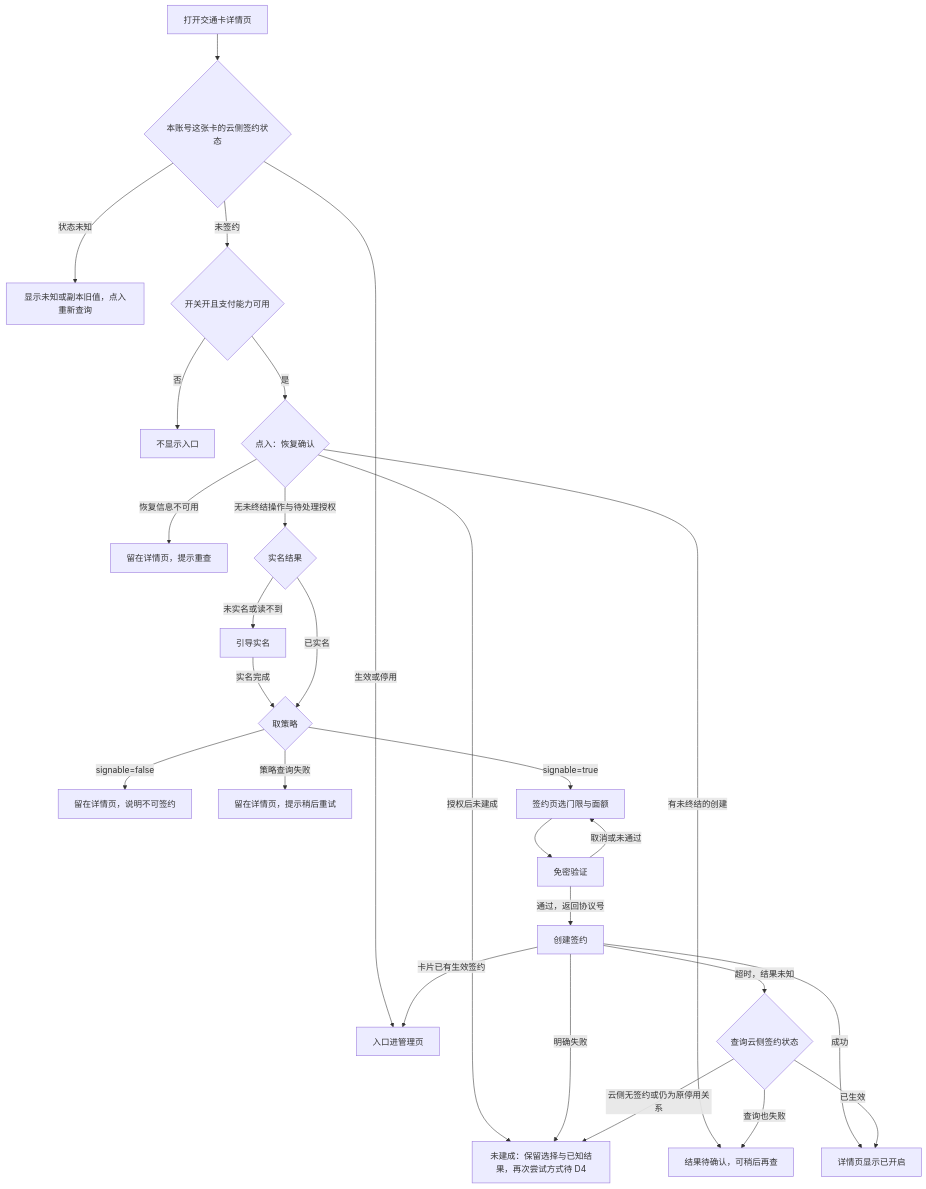
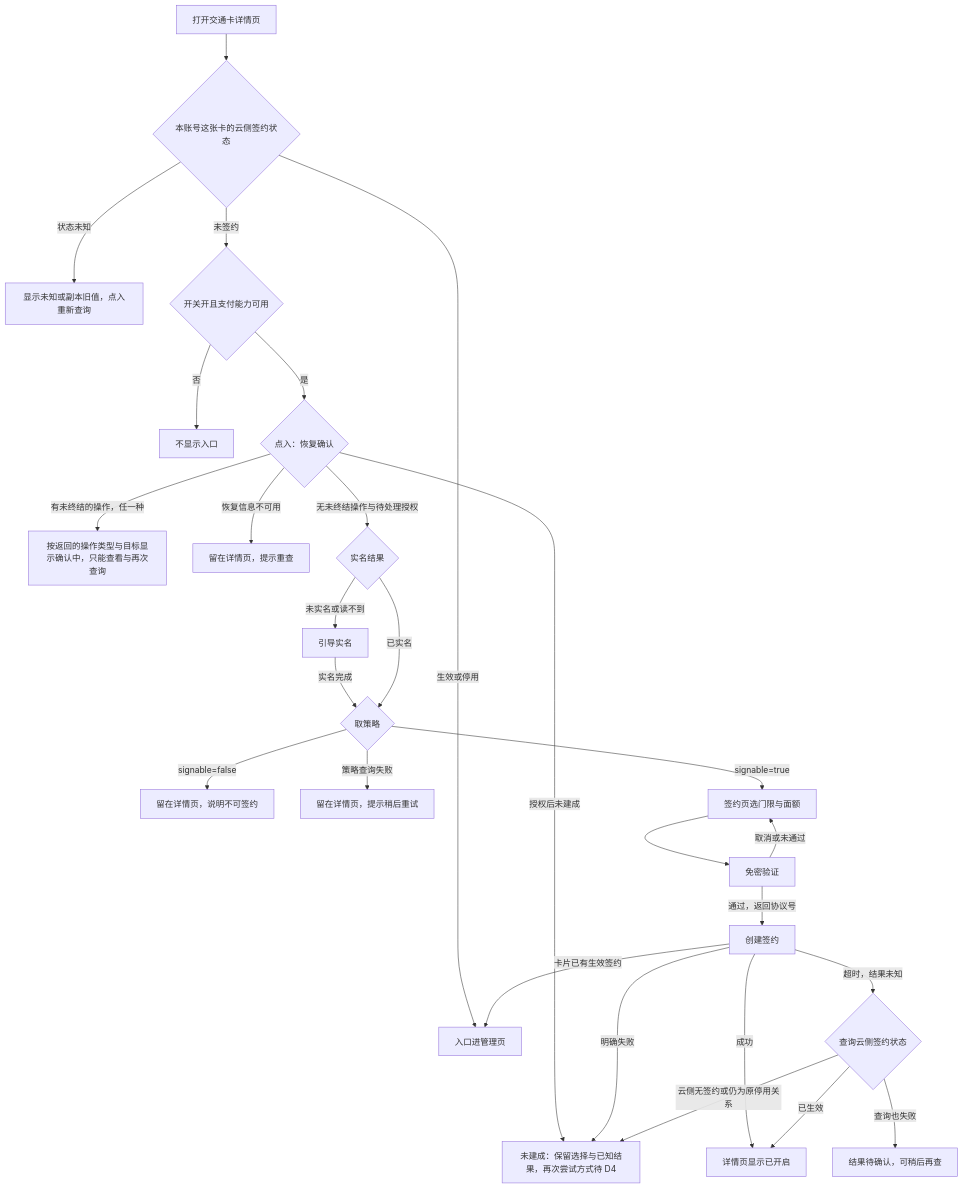
One commit to sqsqsq/SimulatedWalletForHmos changed the first of 3 diagrams in doc/plan/1.9.9/金样候选/auto-topup/spec/spec.md. Above: the diagram before and after it, drawn with Mermaid. The commit also changed other lines of this file and 38 other files, not shown here.

````diff
--- a/doc/plan/1.9.9/金样候选/auto-topup/spec/spec.md
+++ b/doc/plan/1.9.9/金样候选/auto-topup/spec/spec.md
@@ -227,29 +229,29 @@
 ```mermaid
 flowchart TD
   A[打开交通卡详情页] --> S{本账号这张卡的云侧签约状态}
   S -->|生效或停用| MG[入口进管理页]
   S -->|状态未知| UN[显示未知或副本旧值，点入重新查询]
   S -->|未签约| G{开关开且支付能力可用}
   G -->|否| H[不显示入口]
   G -->|是| RC{点入：恢复确认}
   RC -->|授权后未建成| F
-  RC -->|有未终结的创建| U
+  RC -->|有未终结的操作，任一种| RP[按返回的操作类型与目标显示确认中，只能查看与再次查询]
   RC -->|恢复信息不可用| RF[留在详情页，提示重查]
   RC -->|无未终结操作与待处理授权| R{实名结果}
   R -->|未实名或读不到| RN[引导实名]
   RN -->|实名完成| P
   R -->|已实名| P{取策略}
   P -->|signable=false| NS[留在详情页，说明不可签约]
   P -->|策略查询失败| PF[留在详情页，提示稍后重试]
   P -->|signable=true| B[签约页选门限与面额]
   B --> C[免密验证]
   C -->|取消或未通过| B
   C -->|通过，返回协议号| D[创建签约]
   D -->|成功| E[详情页显示已开启]
   D -->|卡片已有生效签约| MG
   D -->|明确失败| F[未建成：保留选择与已知结果，再次尝试方式待 D4]
   D -->|超时，结果未知| Q{查询云侧签约状态}
   Q -->|已生效| E
   Q -->|云侧无签约或仍为原停用关系| F
   Q -->|查询也失败| U[结果待确认，可稍后再查]
 ```
````
